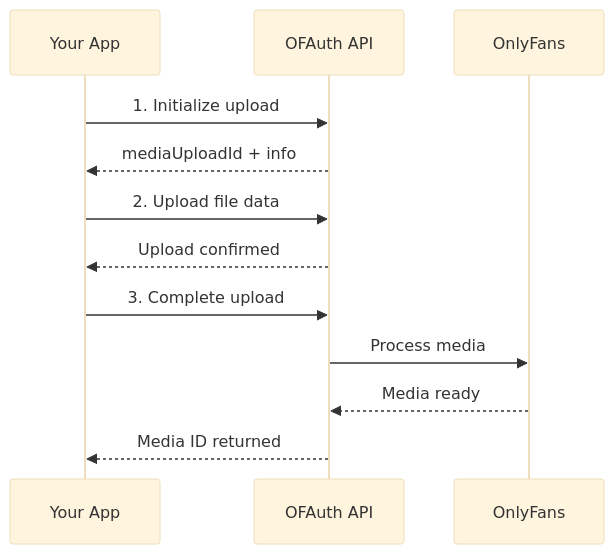
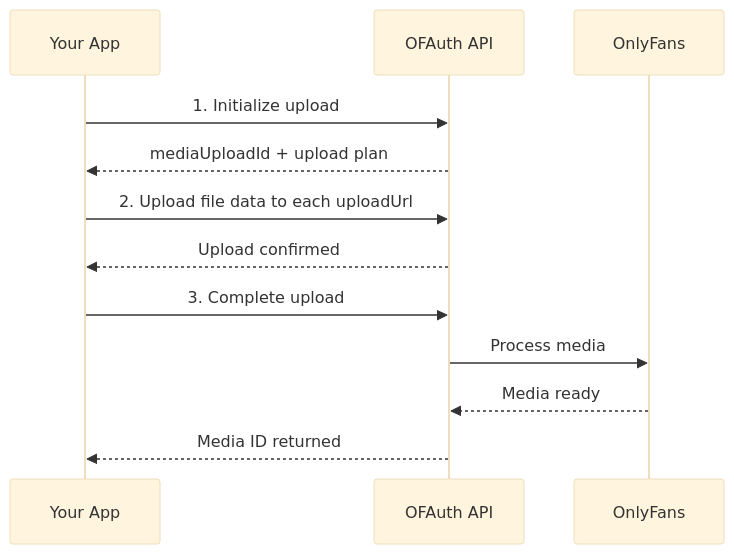
Before and after one commit to OFAuth-org/public-docs: the diagram in guides/how-to/upload-media.mdx, drawn with Mermaid (base theme). The commit also changed other lines of this file, not shown here.

Commit message:
docs: update upload media guide

````diff
--- a/guides/how-to/upload-media.mdx
+++ b/guides/how-to/upload-media.mdx
@@ -20,15 +20,15 @@
 ```mermaid
 sequenceDiagram
     participant App as Your App
     participant OFAuth as OFAuth API
     participant OF as OnlyFans
     
     App->>OFAuth: 1. Initialize upload
-    OFAuth-->>App: mediaUploadId + info
-    App->>OFAuth: 2. Upload file data
+    OFAuth-->>App: mediaUploadId + upload plan
+    App->>OFAuth: 2. Upload file data to each uploadUrl
     OFAuth-->>App: Upload confirmed
     App->>OFAuth: 3. Complete upload
     OFAuth->>OF: Process media
     OF-->>OFAuth: Media ready
     OFAuth-->>App: Media ID returned
 ```
````
